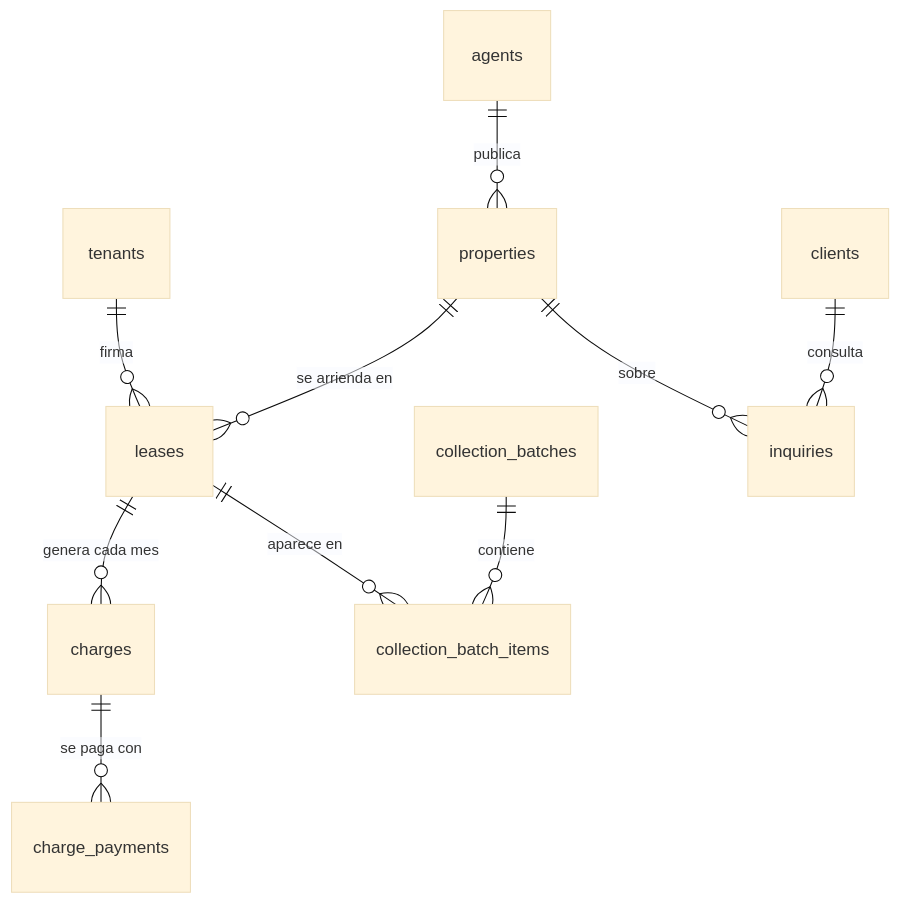
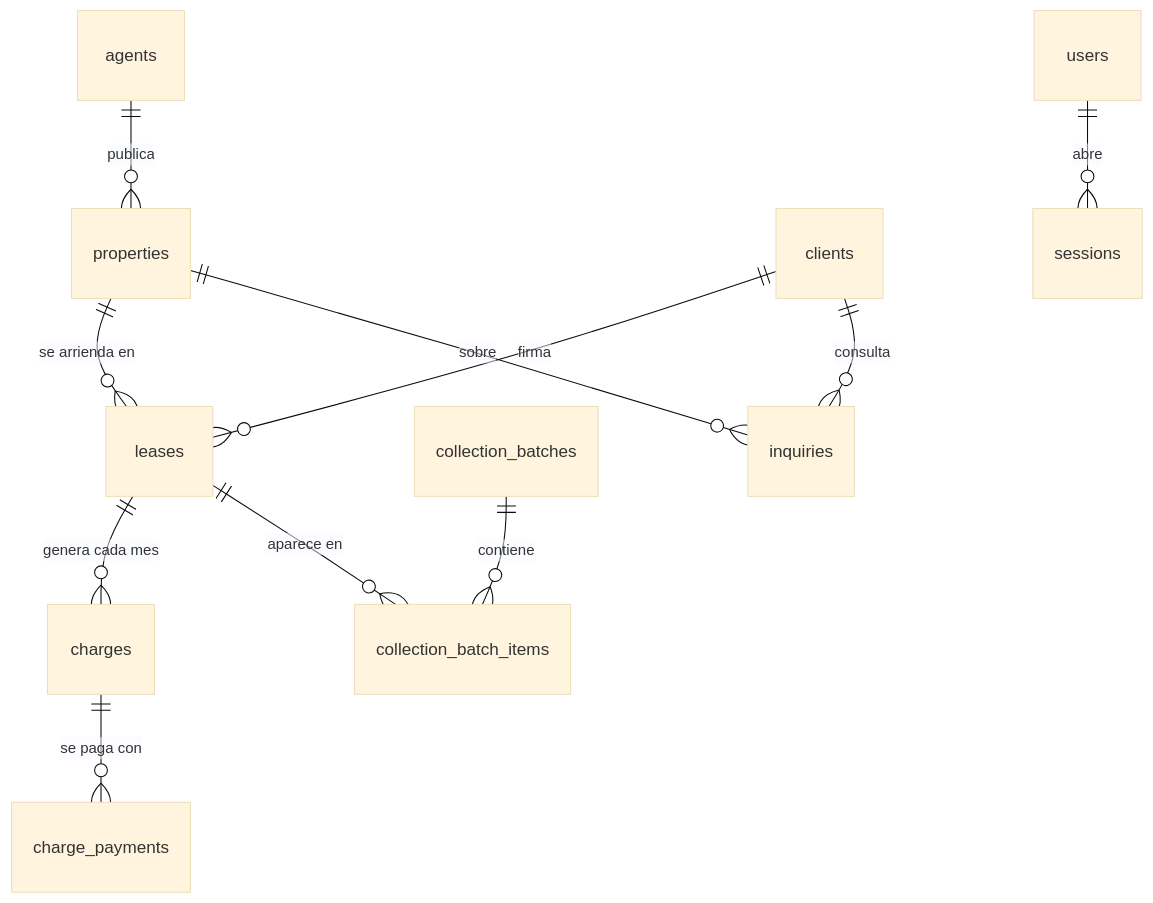
The second of 2 diagrams in README.md (TechnicalBridge/patrimonioinmuebles), drawn with Mermaid (base theme) before and after one commit. The commit also changed other lines of this file and 24 other files, not shown here.

````diff
--- a/README.md
+++ b/README.md
@@ -249,12 +276,13 @@
 ```mermaid
 erDiagram
     properties ||--o{ leases          : "se arrienda en"
-    tenants    ||--o{ leases          : "firma"
+    clients    ||--o{ leases          : "firma"
     leases     ||--o{ charges         : "genera cada mes"
     charges    ||--o{ charge_payments : "se paga con"
     collection_batches ||--o{ collection_batch_items : "contiene"
     leases     ||--o{ collection_batch_items : "aparece en"
     clients    ||--o{ inquiries       : "consulta"
     properties ||--o{ inquiries       : "sobre"
     agents     ||--o{ properties      : "publica"
+    users      ||--o{ sessions        : "abre"
 ```
````
